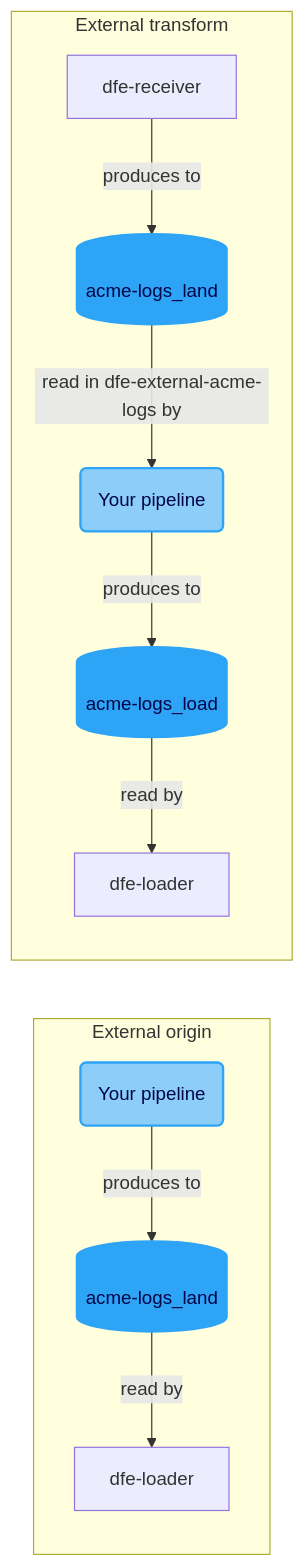
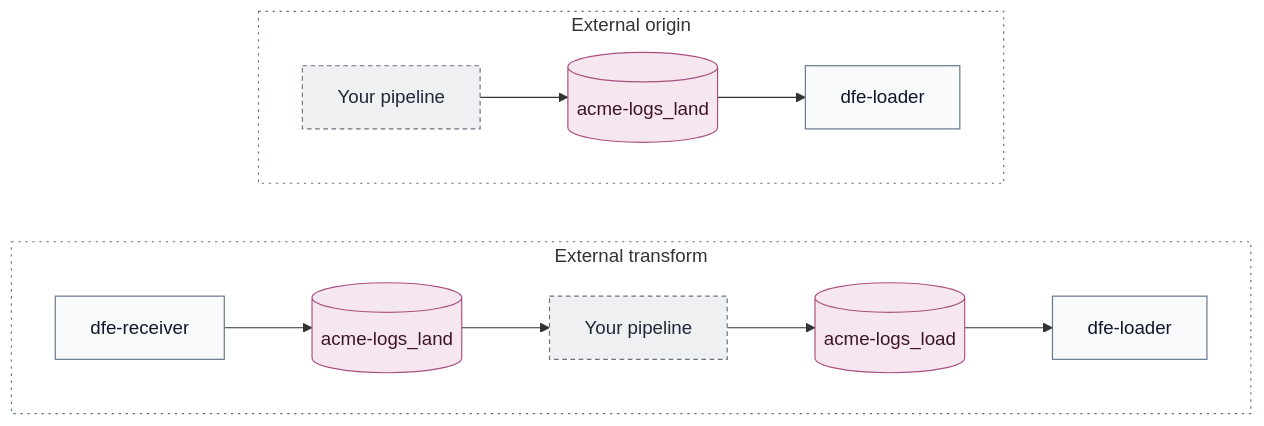
Before and after one commit to hyperi-io/dfe-engine: the diagram in docs/data-plane/external-pipelines.md, drawn with Mermaid. The commit also changed other lines of this file and 71 other files, not shown here.

First line of the commit message:
docs(engine): fix 159 claims and redraw every diagram

````diff
--- a/docs/data-plane/external-pipelines.md
+++ b/docs/data-plane/external-pipelines.md
@@ -9,18 +9,25 @@
 ```mermaid
-flowchart LR
-    subgraph origin [External origin]
-        P1(Your pipeline) -->|produces to| L1[(acme-logs_land)]
-        L1 -->|read by| LD1[dfe-loader]
-    end
-    subgraph transform [External transform]
-        R[dfe-receiver] -->|produces to| L2[(acme-logs_land)]
-        L2 -->|read in dfe-external-acme-logs by| P2(Your pipeline)
-        P2 -->|produces to| T2[(acme-logs_load)]
-        T2 -->|read by| LD2[dfe-loader]
+flowchart TB
+    accTitle: L4 Detail -- External pipeline plug-in points
+    accDescr: As an origin, your pipeline produces to the source's landing topic and the loader reads it. As a transform, the receiver produces to the landing topic, your pipeline reads it and produces to the transformed topic, and the loader reads that.
+
+    subgraph origin["External origin"]
+        direction LR
+        pipe1["Your pipeline"] --> land1[("acme-logs_land")] --> loader1["dfe-loader"]
     end
 
-    classDef store fill:#2EA4F6,stroke:#2EA4F6,stroke-width:2px,color:#000647
-    classDef ext   fill:#8CCDFA,stroke:#2EA4F6,stroke-width:2px,color:#000647
-    class L1,L2,T2 store
-    class P1,P2 ext
+    subgraph transform["External transform"]
+        direction LR
+        receiver["dfe-receiver"] --> land2[("acme-logs_land")] --> pipe2["Your pipeline"] --> load2[("acme-logs_load")] --> loader2["dfe-loader"]
+    end
+
+    origin ~~~ transform
+
+    classDef default fill:#F8FAFC,stroke:#64748B,stroke-width:1px,color:#0F172A
+    classDef async fill:#F6E6EF,stroke:#A8517F,stroke-width:1px,color:#3D1529
+    classDef ext fill:#EEF0F2,stroke:#6B7280,stroke-width:1px,stroke-dasharray:4 3,color:#1F2937
+    classDef group fill:none,stroke:#64748B,stroke-width:1px,stroke-dasharray:2 4
+    class pipe1,pipe2 ext
+    class land1,land2,load2 async
+    class origin,transform group
 ```
````
